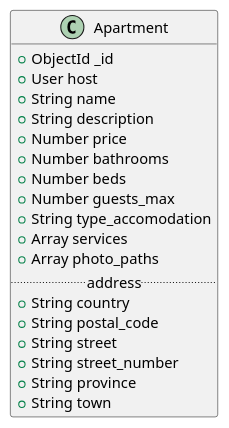
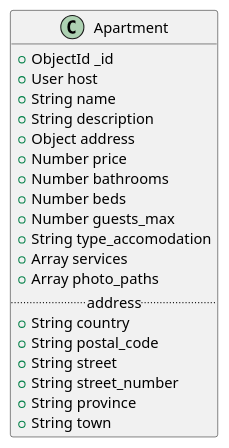
The diagram in app-diagrams/class/apartment.wsd (TommasoScalici/BnB), drawn with PlantUML before and after one commit. The commit also changed 7 other files, not shown here.

```diff
--- a/app-diagrams/class/apartment.wsd
+++ b/app-diagrams/class/apartment.wsd
@@ -1,25 +1,26 @@
 @startuml classdiagram
 left to right direction
 
 class Apartment {
   +ObjectId _id
   +User host
   +String name
   +String description
+  +Object address
   +Number price
   +Number bathrooms
   +Number beds
   +Number guests_max
   +String type_accomodation
   +Array services
   +Array photo_paths
   .. address ..
   +String country
   +String postal_code
   +String street
   +String street_number
   +String province
   +String town
 }
 
 @enduml
```
